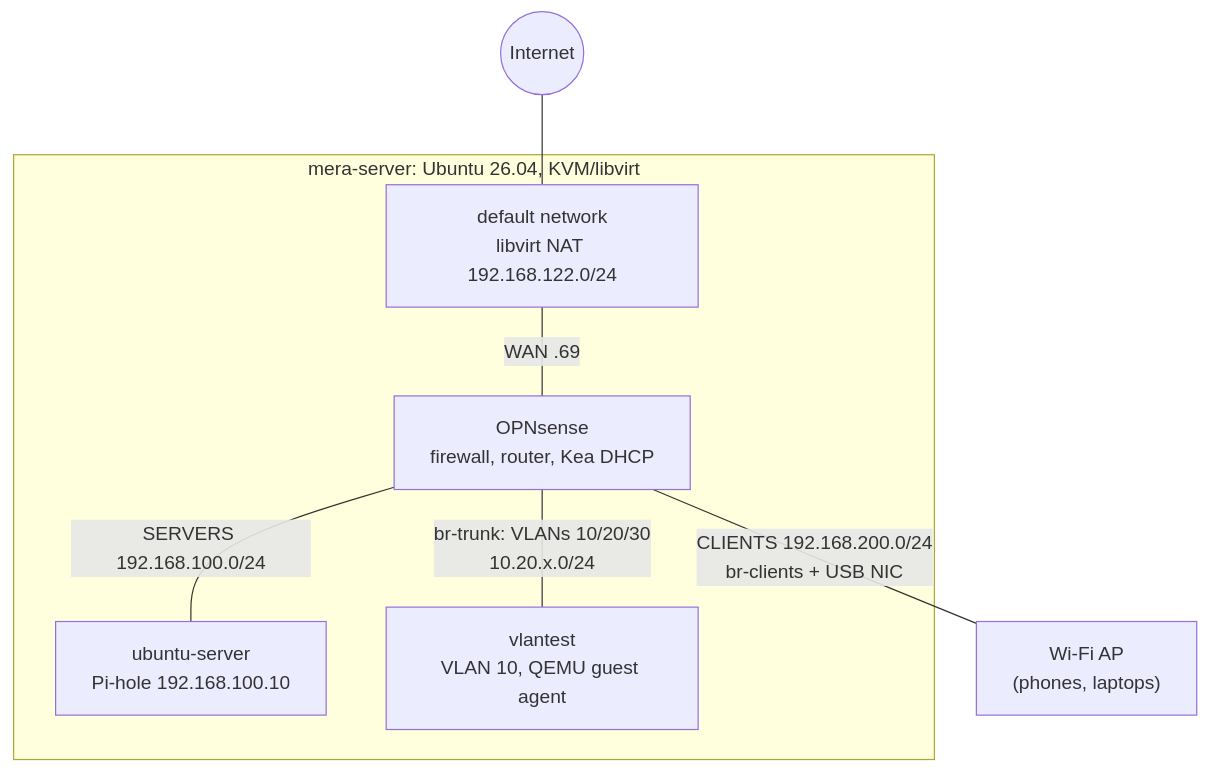
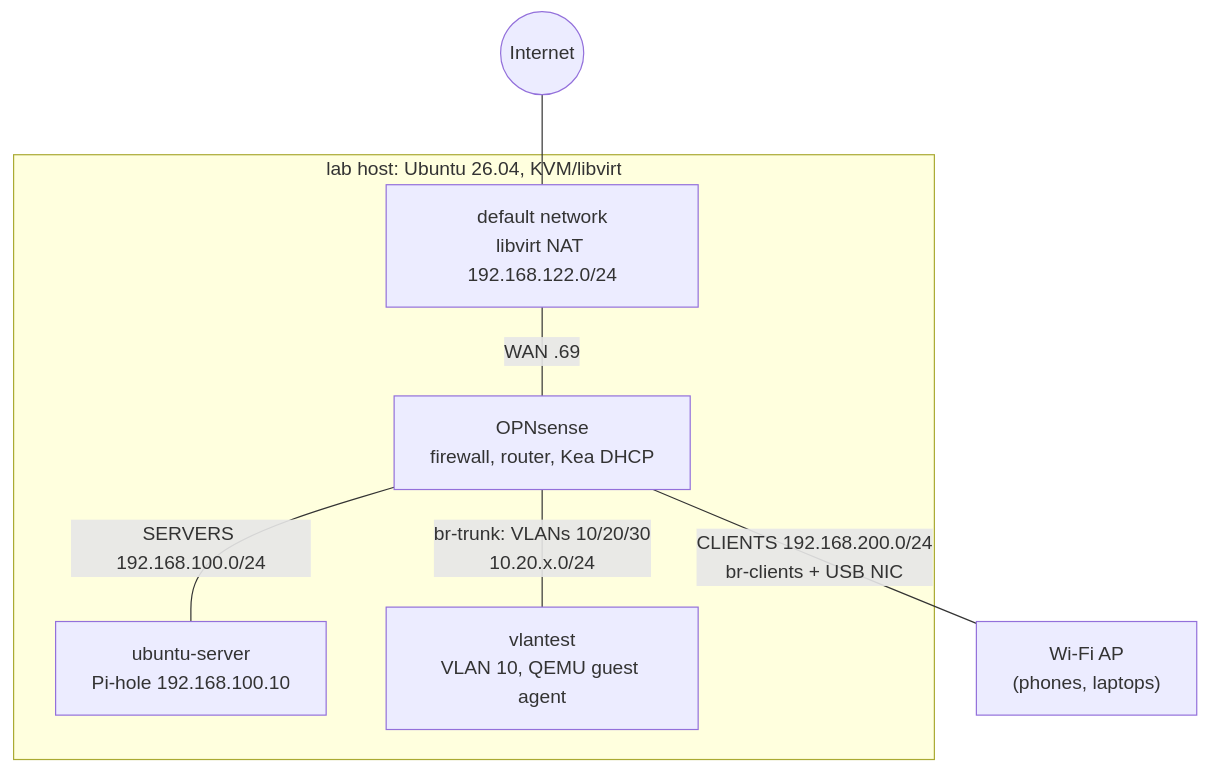
Before and after one commit to Ankit99925/opnsense-iac-lab: the diagram in README.md, drawn with Mermaid. The commit also changed other lines of this file and 2 other files, not shown here.

````diff
--- a/README.md
+++ b/README.md
@@ -14,14 +61,14 @@
 ```mermaid
 flowchart TB
   inet((Internet)) --- nat
-  subgraph host["mera-server: Ubuntu 26.04, KVM/libvirt"]
+  subgraph host["lab host: Ubuntu 26.04, KVM/libvirt"]
     nat["default network<br/>libvirt NAT 192.168.122.0/24"]
     opn["OPNsense<br/>firewall, router, Kea DHCP"]
     srv["ubuntu-server<br/>Pi-hole 192.168.100.10"]
     vt["vlantest<br/>VLAN 10, QEMU guest agent"]
     nat -- "WAN .69" --- opn
     opn -- "SERVERS 192.168.100.0/24" --- srv
     opn -- "br-trunk: VLANs 10/20/30<br/>10.20.x.0/24" --- vt
   end
   opn -- "CLIENTS 192.168.200.0/24<br/>br-clients + USB NIC" --- ap["Wi-Fi AP<br/>(phones, laptops)"]
 ```
````
